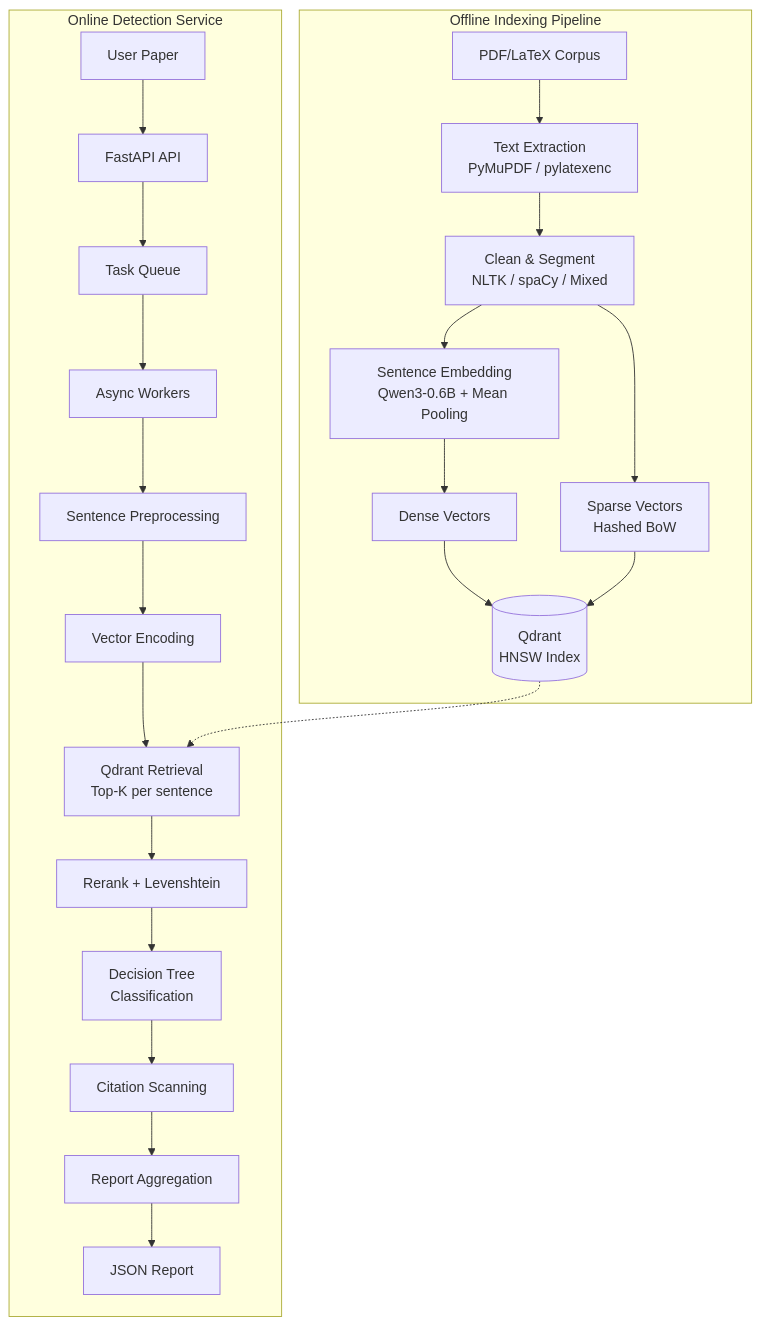
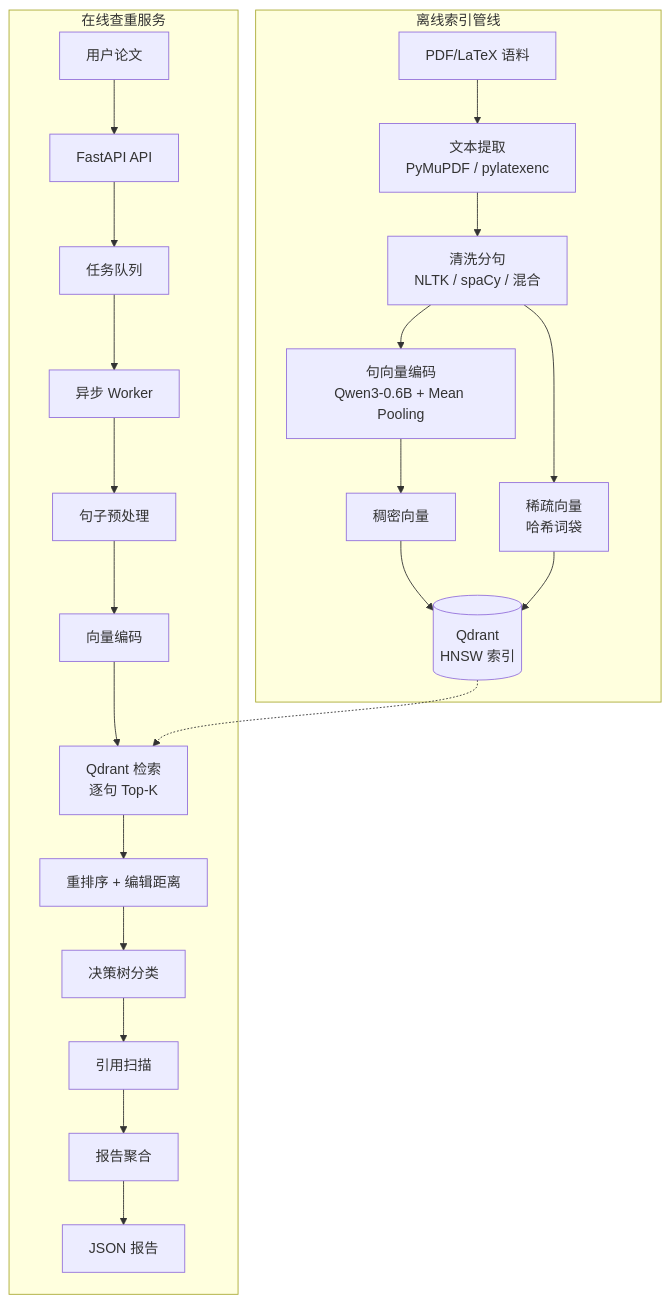
One commit to bingshao333/Copyless changed the diagram in Doc.md. Above: the diagram before and after it, drawn with Mermaid. The commit also changed other lines of this file and 1 other file, not shown here.

````diff
--- a/Doc.md
+++ b/Doc.md
@@ -60,28 +60,28 @@
 ```mermaid
 graph TB
-    subgraph Offline["Offline Indexing Pipeline"]
-        A[PDF/LaTeX Corpus] --> B[Text Extraction<br>PyMuPDF / pylatexenc]
-        B --> C[Clean & Segment<br>NLTK / spaCy / Mixed]
-        C --> D[Sentence Embedding<br>Qwen3-0.6B + Mean Pooling]
-        D --> E1[Dense Vectors]
-        C --> E2[Sparse Vectors<br>Hashed BoW]
-        E1 --> F[(Qdrant<br>HNSW Index)]
+    subgraph Offline["离线索引管线"]
+        A[PDF/LaTeX 语料] --> B["文本提取<br>PyMuPDF / pylatexenc"]
+        B --> C["清洗分句<br>NLTK / spaCy / 混合"]
+        C --> D["句向量编码<br>Qwen3-0.6B + Mean Pooling"]
+        D --> E1[稠密向量]
+        C --> E2["稀疏向量<br>哈希词袋"]
+        E1 --> F[("Qdrant<br>HNSW 索引")]
         E2 --> F
     end
 
-    subgraph Online["Online Detection Service"]
-        G[User Paper] --> H[FastAPI API]
-        H --> I[Task Queue]
-        I --> J[Async Workers]
-        J --> K[Sentence Preprocessing]
-        K --> L[Vector Encoding]
-        L --> M[Qdrant Retrieval<br>Top-K per sentence]
-        M --> N[Rerank + Levenshtein]
-        N --> O[Decision Tree<br>Classification]
-        O --> P[Citation Scanning]
-        P --> Q[Report Aggregation]
-        Q --> R[JSON Report]
+    subgraph Online["在线查重服务"]
+        G[用户论文] --> H[FastAPI API]
+        H --> I[任务队列]
+        I --> J[异步 Worker]
+        J --> K[句子预处理]
+        K --> L[向量编码]
+        L --> M["Qdrant 检索<br>逐句 Top-K"]
+        M --> N["重排序 + 编辑距离"]
+        N --> O["决策树分类"]
+        O --> P[引用扫描]
+        P --> Q[报告聚合]
+        Q --> R[JSON 报告]
     end
 
     F -.-> M
 ```
````
